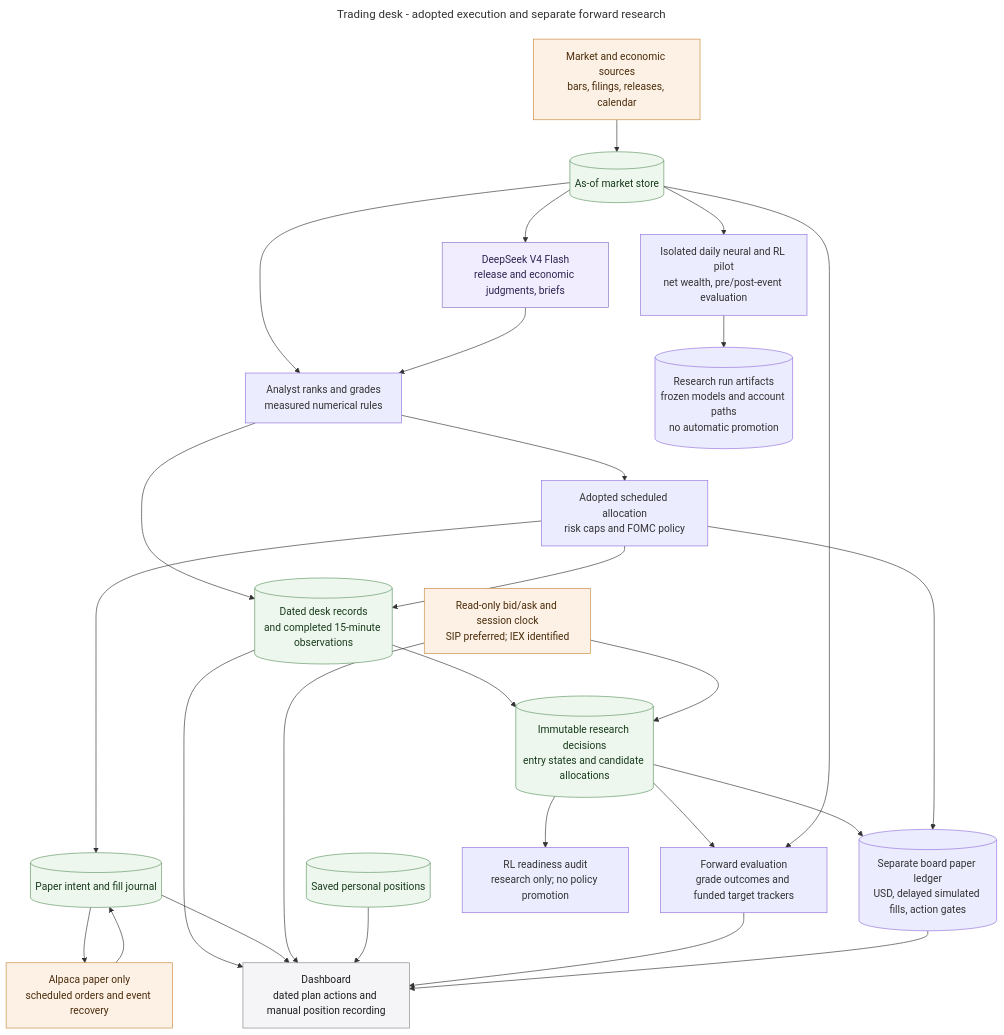
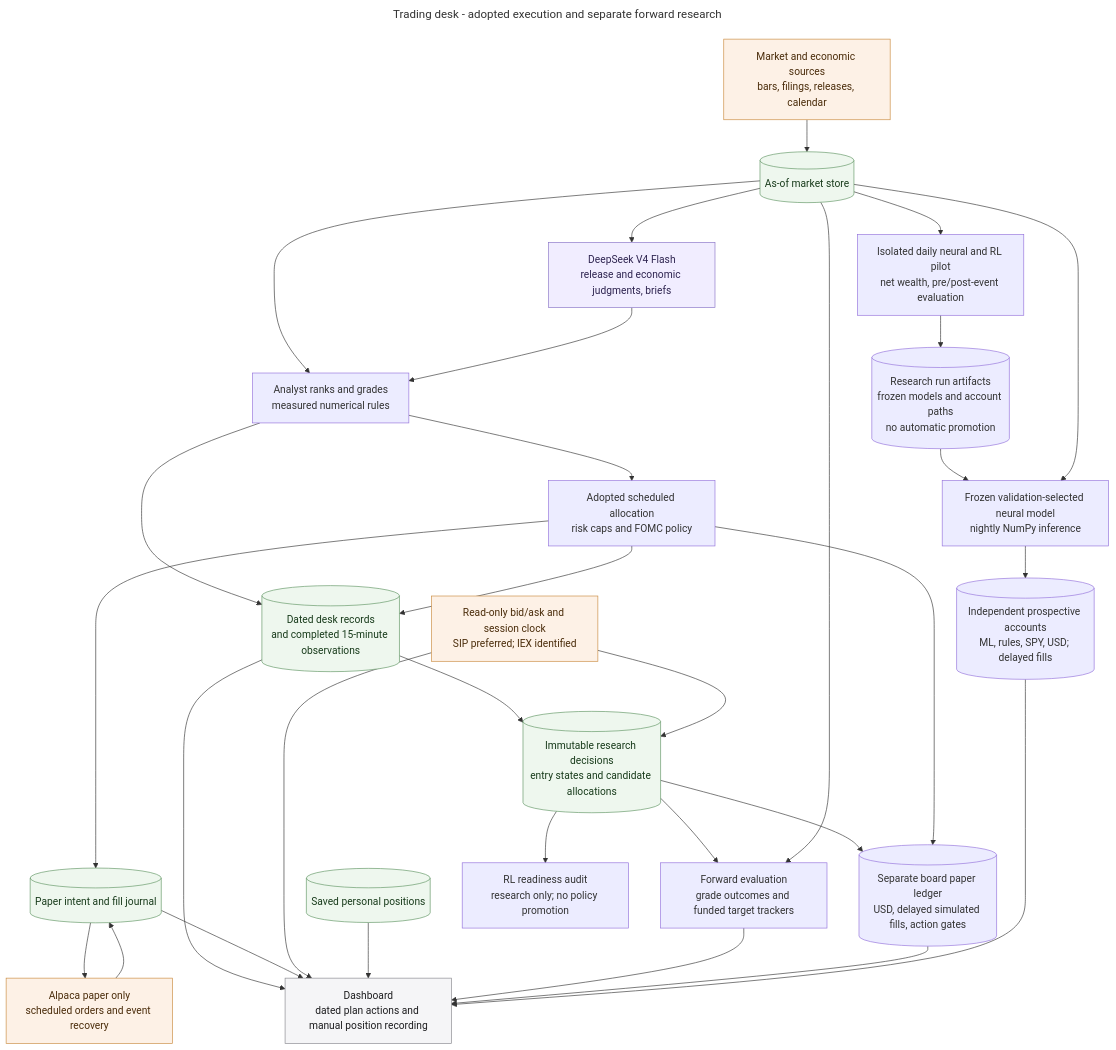
The diagram in docs/diagrams/agent-trading-desk.mmd (MallyaAni/PersonalAssistant), drawn with Mermaid before and after one commit. The commit also changed 19 other files, not shown here.

First line of the commit message:
Frozen neural forward-paper comparison, observed nightly in separate accounts

```diff
--- a/docs/diagrams/agent-trading-desk.mmd
+++ b/docs/diagrams/agent-trading-desk.mmd
@@ -1,38 +1,42 @@
 ---
 title: Trading desk - adopted execution and separate forward research
 ---
 flowchart TB
     Providers[Market and economic sources<br/>bars, filings, releases, calendar] --> Store[(As-of market store)]
     Store --> Models[DeepSeek V4 Flash<br/>release and economic judgments, briefs]
     Store --> Grades[Analyst ranks and grades<br/>measured numerical rules]
     Models --> Grades
     Grades --> Plan[Adopted scheduled allocation<br/>risk caps and FOMC policy]
     Plan --> Journal[(Paper intent and fill journal)]
     Journal --> Broker[Alpaca paper only<br/>scheduled orders and event recovery]
     Broker --> Journal
     Grades --> Records[(Dated desk records<br/>and completed 15-minute observations)]
     Plan --> Records
     Records --> View[Dashboard<br/>dated plan actions and manual position recording]
     Journal --> View
     Quotes[Read-only bid/ask and session clock<br/>SIP preferred; IEX identified] --> View
     Holdings[(Saved personal positions)] --> View
     Records --> Research[(Immutable research decisions<br/>entry states and candidate allocations)]
     Quotes --> Research
     Research --> Evidence[Forward evaluation<br/>grade outcomes and funded target trackers]
     Store --> Evidence
     Evidence --> View
     Research --> Shadow[(Separate board paper ledger<br/>USD, delayed simulated fills, action gates)]
     Plan --> Shadow
     Shadow --> View
     Research --> Audit[RL readiness audit<br/>research only; no policy promotion]
     Store --> Pilot[Isolated daily neural and RL pilot<br/>net wealth, pre/post-event evaluation]
     Pilot --> Artifacts[(Research run artifacts<br/>frozen models and account paths<br/>no automatic promotion)]
+    Artifacts --> Frozen[Frozen validation-selected neural model<br/>nightly NumPy inference]
+    Store --> Frozen
+    Frozen --> MLForward[(Independent prospective accounts<br/>ML, rules, SPY, USD; delayed fills)]
+    MLForward --> View
 
     classDef data fill:#eef7ee,stroke:#5f9562,color:#183b1b;
     classDef external fill:#fdf1e6,stroke:#c98a3d,color:#4a2c0a;
     classDef model fill:#f1edff,stroke:#8872c6,color:#2e2450;
     classDef interface fill:#f5f5f7,stroke:#86868b,color:#1d1d1f;
     class Store,Journal,Records,Holdings,Research data;
     class Providers,Broker,Quotes external;
     class Models model;
     class View interface;
```
